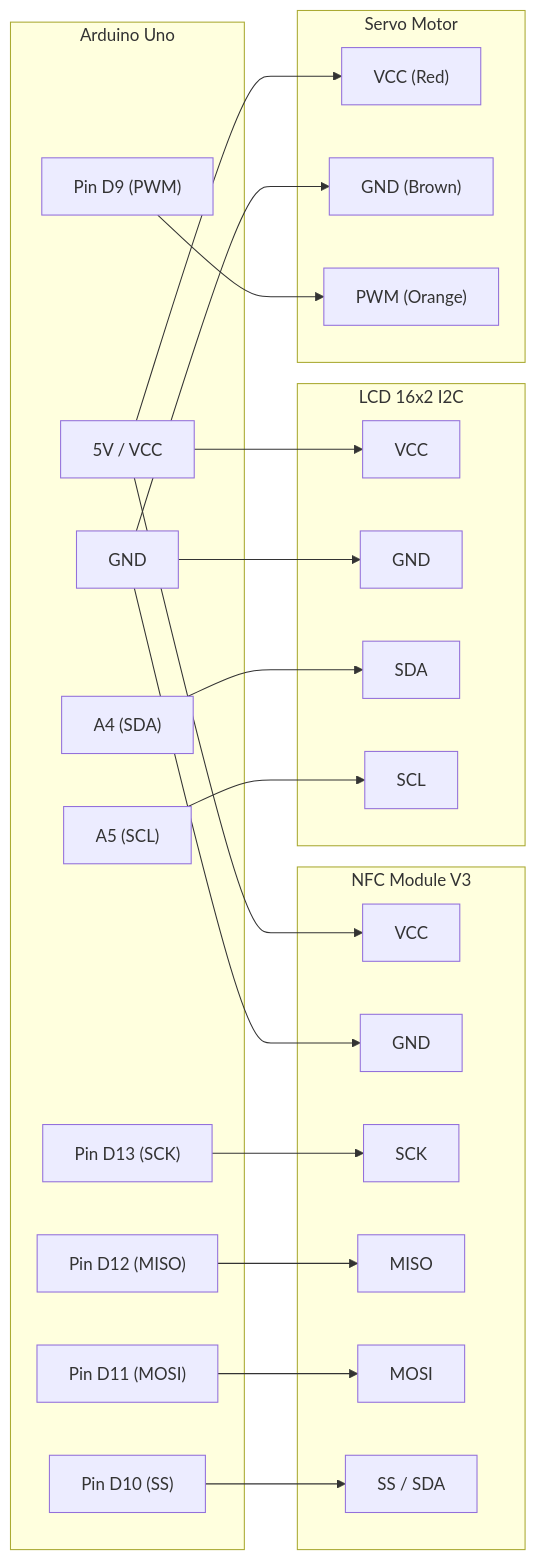
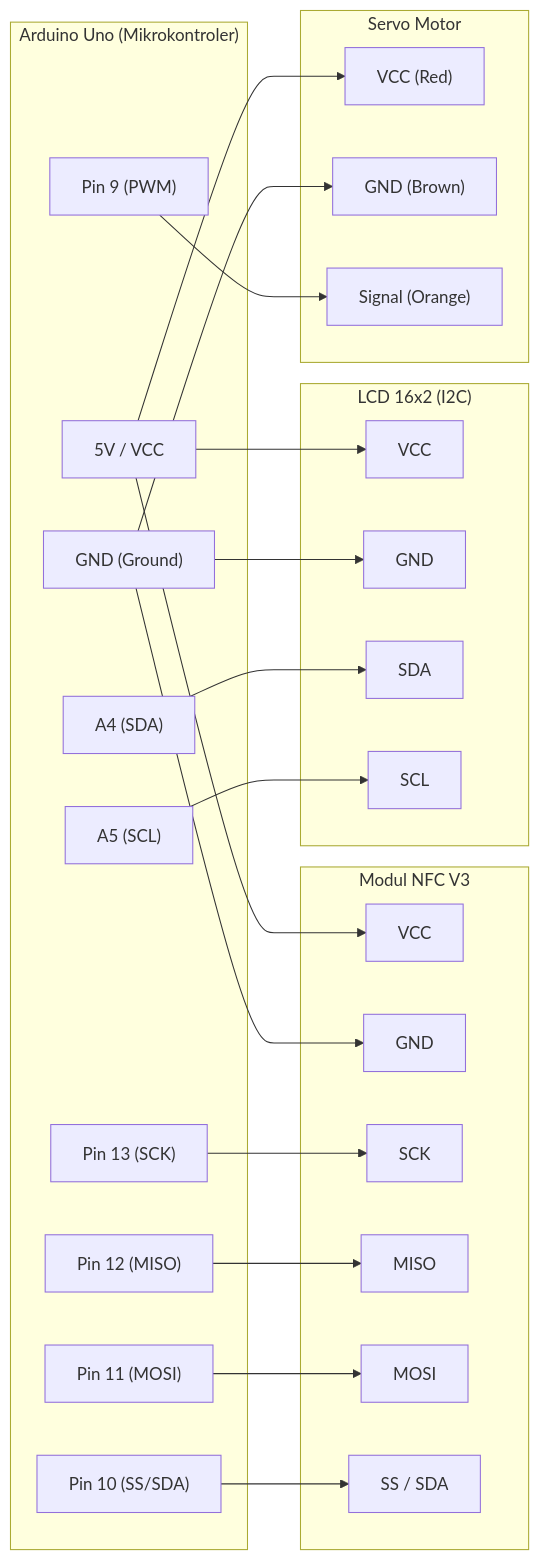
Before and after one commit to saecar/SaecarPortfolio: the diagram in contents/projects/parking-system.mdx, drawn with Mermaid. The commit also changed other lines of this file, not shown here.

````diff
--- a/contents/projects/parking-system.mdx
+++ b/contents/projects/parking-system.mdx
@@ -42,53 +44,54 @@
 ```mermaid
 graph LR
-    subgraph MCU["Arduino Uno"]
-        ARD_5V["5V / VCC"]
-        ARD_GND["GND"]
-        ARD_SCL["A5 (SCL)"]
-        ARD_SDA["A4 (SDA)"]
-        ARD_D9["Pin D9 (PWM)"]
-        ARD_D10["Pin D10 (SS)"]
-        ARD_D13["Pin D13 (SCK)"]
-        ARD_D11["Pin D11 (MOSI)"]
-        ARD_D12["Pin D12 (MISO)"]
+    subgraph MCU["Arduino Uno (Mikrokontroler)"]
+      MCU_5V["5V / VCC"]
+      MCU_GND["GND (Ground)"]
+      MCU_SDA["A4 (SDA)"]
+      MCU_SCL["A5 (SCL)"]
+      MCU_SPI_SS["Pin 10 (SS/SDA)"]
+      MCU_SPI_SCK["Pin 13 (SCK)"]
+      MCU_SPI_MOSI["Pin 11 (MOSI)"]
+      MCU_SPI_MISO["Pin 12 (MISO)"]
+      MCU_PWM["Pin 9 (PWM)"]
     end
 
-    subgraph NFC["NFC Module V3"]
-        NFC_VCC["VCC"]
-        NFC_GND["GND"]
-        NFC_SCK["SCK"]
-        NFC_MISO["MISO"]
-        NFC_MOSI["MOSI"]
-        NFC_SS["SS / SDA"]
+    subgraph NFC["Modul NFC V3"]
+      NFC_VCC["VCC"]
+      NFC_GND["GND"]
+      NFC_SCK["SCK"]
+      NFC_MISO["MISO"]
+      NFC_MOSI["MOSI"]
+      NFC_SS["SS / SDA"]
     end
 
-    subgraph LCD["LCD 16x2 I2C"]
-        LCD_VCC["VCC"]
-        LCD_GND["GND"]
-        LCD_SDA["SDA"]
-        LCD_SCL["SCL"]
+    subgraph LCD["LCD 16x2 (I2C)"]
+      LCD_VCC["VCC"]
+      LCD_GND["GND"]
+      LCD_SDA["SDA"]
+      LCD_SCL["SCL"]
     end
 
     subgraph Servo["Servo Motor"]
-        SERVO_VCC["VCC (Red)"]
-        SERVO_GND["GND (Brown)"]
-        SERVO_SIG["PWM (Orange)"]
+      SERVO_VCC["VCC (Red)"]
+      SERVO_GND["GND (Brown)"]
+      SERVO_PWM["Signal (Orange)"]
     end
 
-    ARD_5V --> NFC_VCC
-    ARD_5V --> LCD_VCC
-    ARD_5V --> SERVO_VCC
-    
-    ARD_GND --> NFC_GND
-    ARD_GND --> LCD_GND
-    ARD_GND --> SERVO_GND
+    MCU_5V --> NFC_VCC
+    MCU_5V --> LCD_VCC
+    MCU_5V --> SERVO_VCC
 
-    ARD_SCL --> LCD_SCL
-    ARD_SDA --> LCD_SDA
+    MCU_GND --> NFC_GND
+    MCU_GND --> LCD_GND
+    MCU_GND --> SERVO_GND
 
-    ARD_D9 --> SERVO_SIG
-    ARD_D10 --> NFC_SS
-    ARD_D13 --> NFC_SCK
-    ARD_D11 --> NFC_MOSI
-    ARD_D12 --> NFC_MISO
+    MCU_SDA --> LCD_SDA
+    MCU_SCL --> LCD_SCL
+
+    MCU_SPI_SCK --> NFC_SCK
+    MCU_SPI_MISO --> NFC_MISO
+    MCU_SPI_MOSI --> NFC_MOSI
+    MCU_SPI_SS --> NFC_SS
+
+    MCU_PWM --> SERVO_PWM
 ```
````
